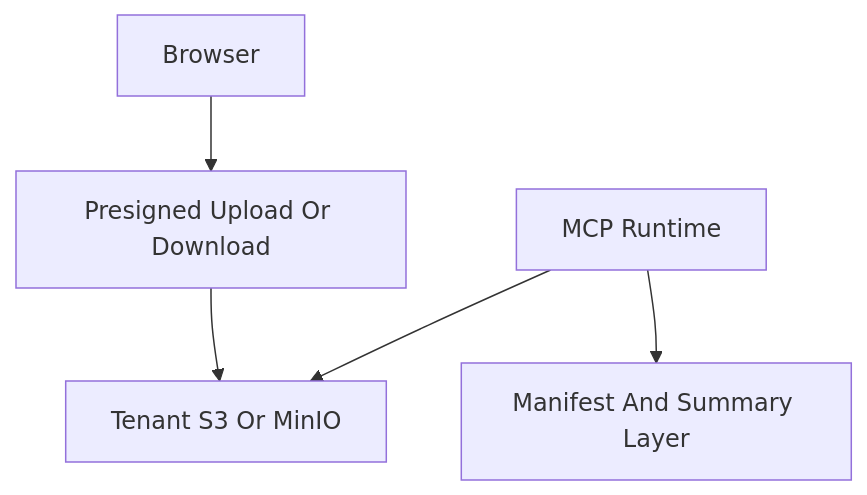
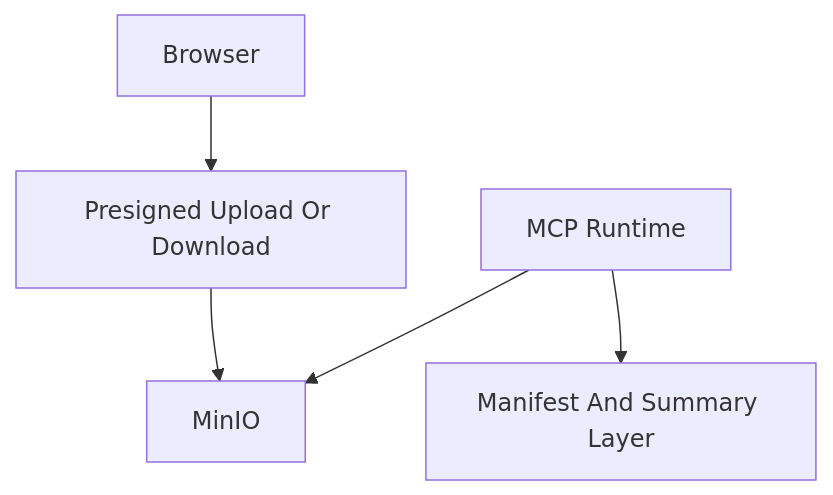
Before and after one commit to Tuee22/studioMCP: the diagram in documents/architecture/artifact_storage_architecture.md, drawn with Mermaid. The commit also changed other lines of this file and 67 other files, not shown here.

````diff
--- a/documents/architecture/artifact_storage_architecture.md
+++ b/documents/architecture/artifact_storage_architecture.md
@@ -38,7 +38,7 @@
 ```mermaid
 flowchart TB
   Browser[Browser] --> Presign[Presigned Upload Or Download]
-  Presign --> TenantStore[Tenant S3 Or MinIO]
-  MCP[MCP Runtime] --> TenantStore
+  Presign --> ObjectStore[MinIO]
+  MCP[MCP Runtime] --> ObjectStore
   MCP --> Metadata[Manifest And Summary Layer]
 ```
````
